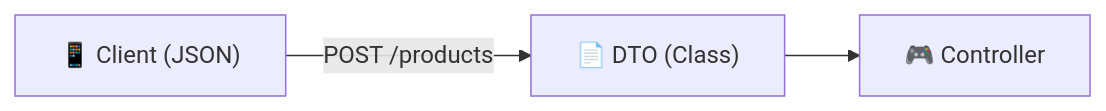
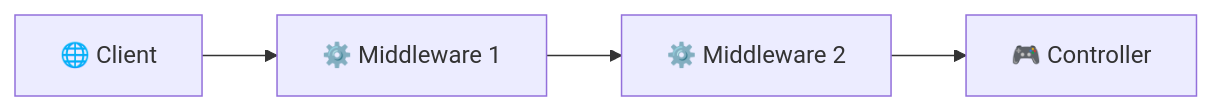
The diagram in README.md (alvianzf/introduction-to-nest), drawn with Mermaid before and after one commit. The commit also changed other lines of this file and 5 other files, not shown here.

````diff
--- a/README.md
+++ b/README.md
@@ -54,9 +42,9 @@
 ```mermaid
-graph LR
-    Client["📱 Client (JSON)"]
-    DTO["📄 DTO (Class)"]
+flowchart LR
+    Client["🌐 Client"]
+    MW1["⚙️ Middleware 1"]
+    MW2["⚙️ Middleware 2"]
     Controller["🎮 Controller"]
 
-    Client -- "POST /products" --> DTO
-    DTO --> Controller
+    Client --> MW1 --> MW2 --> Controller
 ```
````
